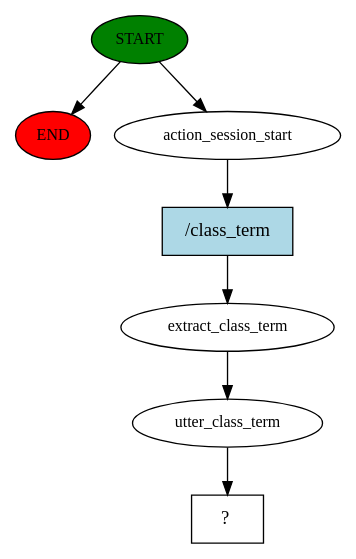
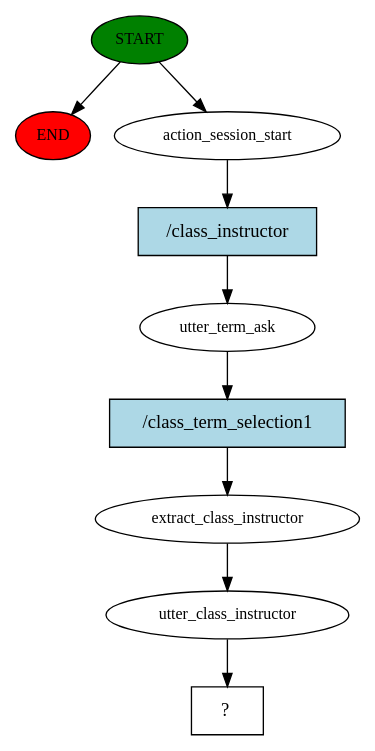
The diagram in project/story_graph.dot (dailin7/chatbot), drawn with Graphviz before and after one commit. The commit also changed 9 other files, not shown here.

```diff
--- a/project/story_graph.dot
+++ b/project/story_graph.dot
@@ -1,15 +1,19 @@
 digraph  {
 0 [class="start active", fillcolor=green, fontsize=12, label=START, style=filled];
 "-1" [class=end, fillcolor=red, fontsize=12, label=END, style=filled];
 1 [class=active, fontsize=12, label=action_session_start];
-2 [class=active, fontsize=12, label=extract_class_term];
-3 [class=active, fontsize=12, label=utter_class_term];
-4 [class="intent dashed active", label="  ?  ", shape=rect];
-5 [class="intent active", fillcolor=lightblue, label="/class_term", shape=rect, style=filled];
+2 [class=active, fontsize=12, label=utter_term_ask];
+3 [class=active, fontsize=12, label=extract_class_instructor];
+4 [class=active, fontsize=12, label=utter_class_instructor];
+5 [class="intent dashed active", label="  ?  ", shape=rect];
+6 [class="intent active", fillcolor=lightblue, label="/class_instructor", shape=rect, style=filled];
+7 [class="intent active", fillcolor=lightblue, label="/class_term_selection1", shape=rect, style=filled];
 0 -> "-1"  [class="", key=NONE, label=""];
 0 -> 1  [class=active, key=NONE, label=""];
-1 -> 5  [class=active, key=0];
-2 -> 3  [class=active, key=NONE, label=""];
+1 -> 6  [class=active, key=0];
+2 -> 7  [class=active, key=0];
 3 -> 4  [class=active, key=NONE, label=""];
-5 -> 2  [class=active, key=0];
+4 -> 5  [class=active, key=NONE, label=""];
+6 -> 2  [class=active, key=0];
+7 -> 3  [class=active, key=0];
 }
```
